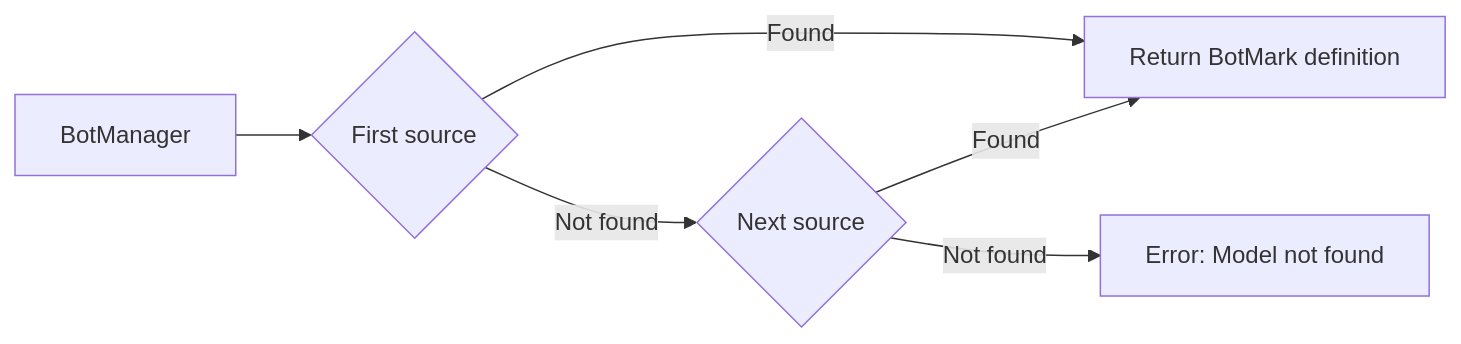
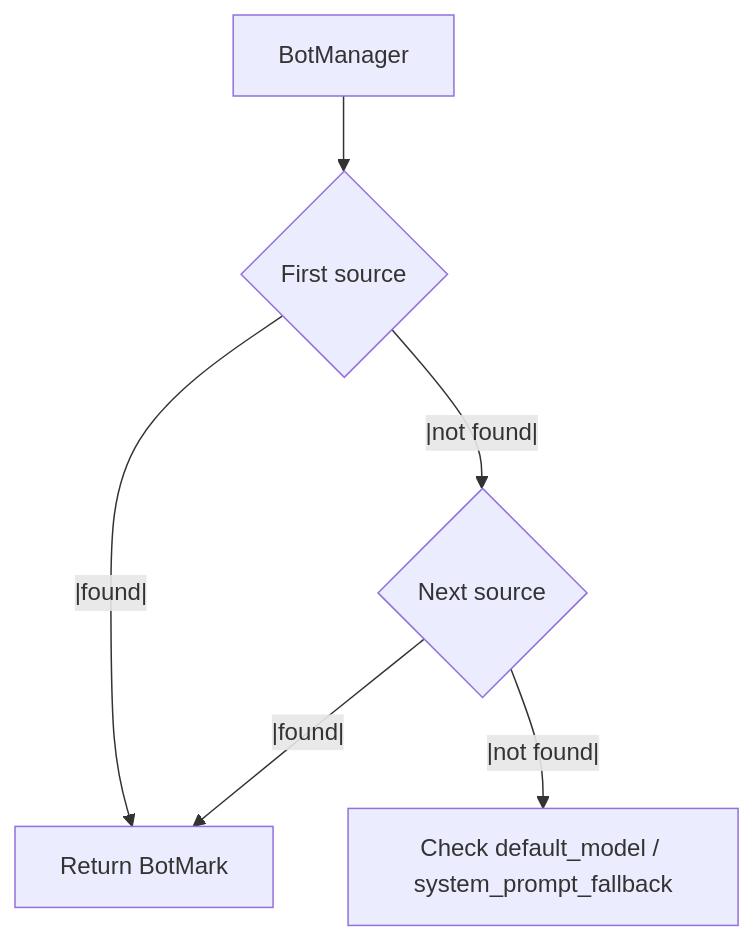
The first of 2 diagrams in README.md (radioxInnovation/bot-mark), drawn with Mermaid before and after one commit. The commit also changed other lines of this file, not shown here.

Commit message:
flowchart

````diff
--- a/README.md
+++ b/README.md
@@ -368,8 +368,8 @@
 ```mermaid
-flowchart LR
+flowchart TD
     A[BotManager] --> B{First source}
-    B -- Found --> C[Return BotMark definition]
-    B -- Not found --> D{Next source}
-    D -- Found --> C
-    D -- Not found --> E[Error: Model not found]
+    B --|found|--> C[Return BotMark]
+    B --|not found|--> D{Next source}
+    D --|found|--> C
+    D --|not found|--> F[Check default_model / system_prompt_fallback]
 ```
````
